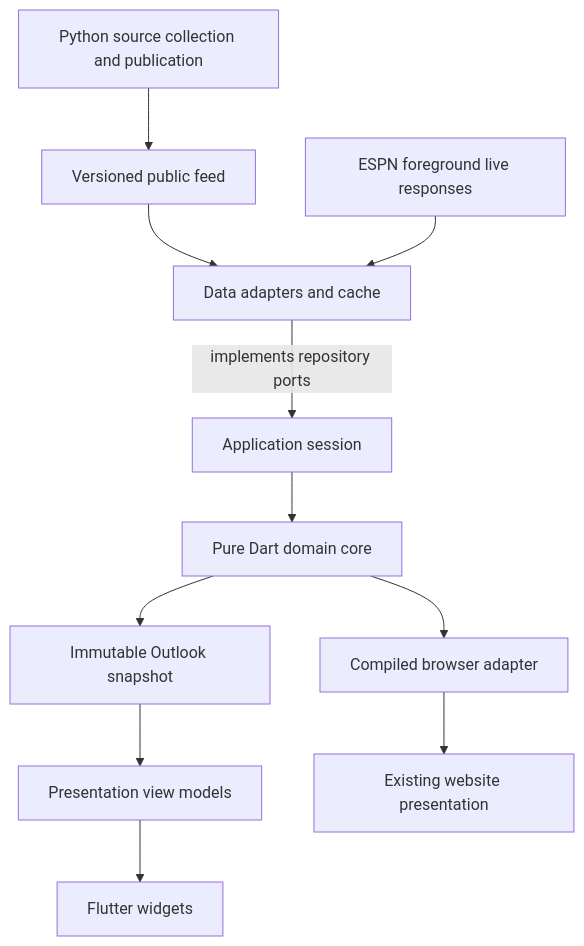
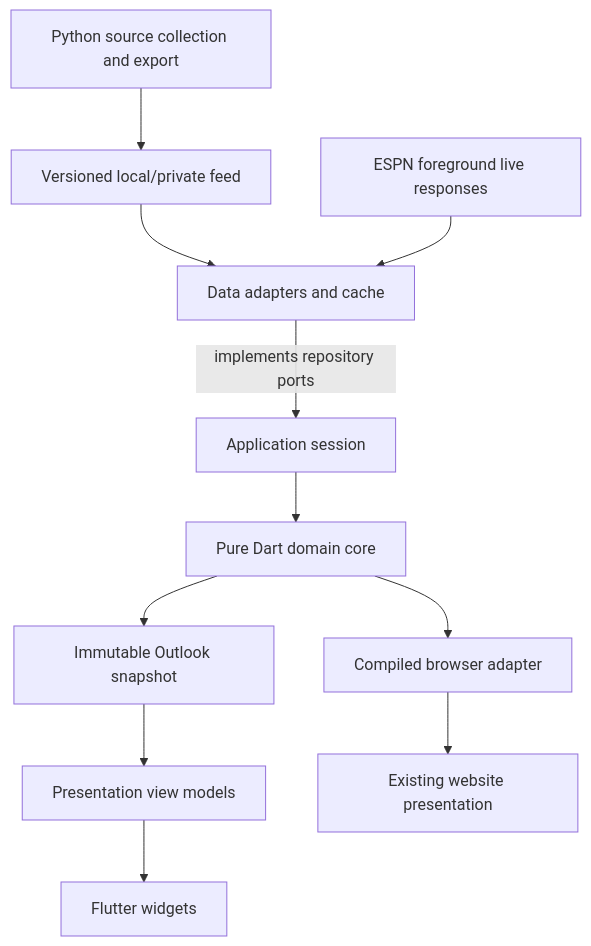
One commit to caparomula/soccer-outlook changed the diagram in docs/companion/architecture.md. Above: the diagram before and after it, drawn with Mermaid. The commit also changed other lines of this file and 6 other files, not shown here.

Commit message:
Scope companion roadmap to personal development

````diff
--- a/docs/companion/architecture.md
+++ b/docs/companion/architecture.md
@@ -27,13 +27,13 @@
 ```mermaid
 flowchart TD
-    Python["Python source collection and publication"] --> Pages["Versioned public feed"]
-    Pages --> Data["Data adapters and cache"]
+    Python["Python source collection and export"] --> Feed["Versioned local/private feed"]
+    Feed --> Data["Data adapters and cache"]
     ESPN["ESPN foreground live responses"] --> Data
     Data -->|implements repository ports| Application["Application session"]
     Application --> Core["Pure Dart domain core"]
     Core --> Snapshot["Immutable Outlook snapshot"]
     Snapshot --> VM["Presentation view models"]
     VM --> Flutter["Flutter widgets"]
     Core --> Bridge["Compiled browser adapter"]
     Bridge --> Web["Existing website presentation"]
 ```
````
